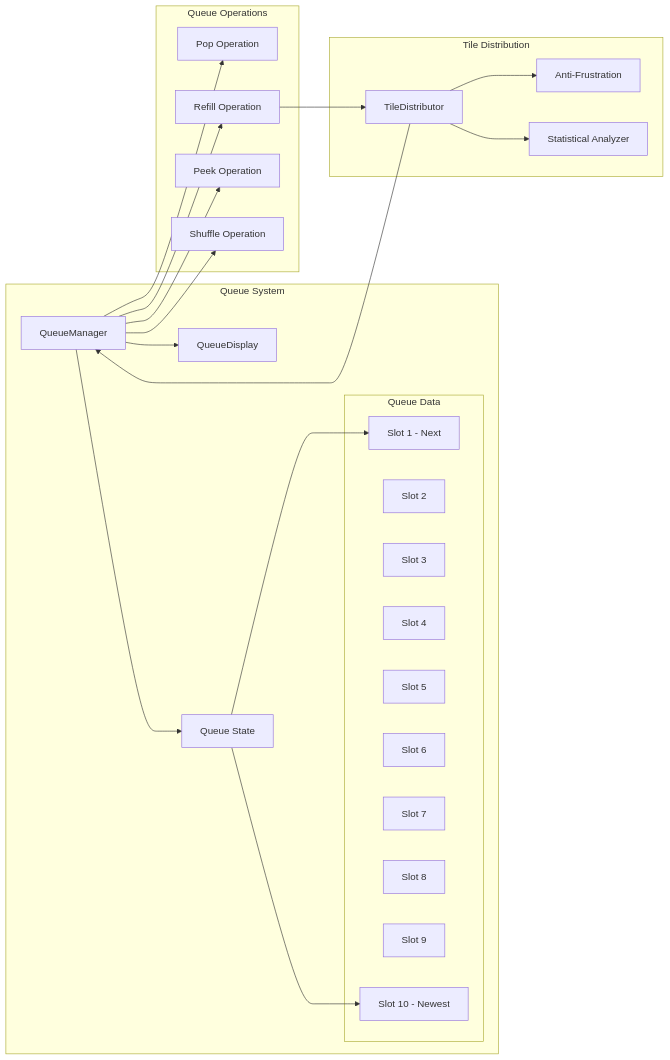
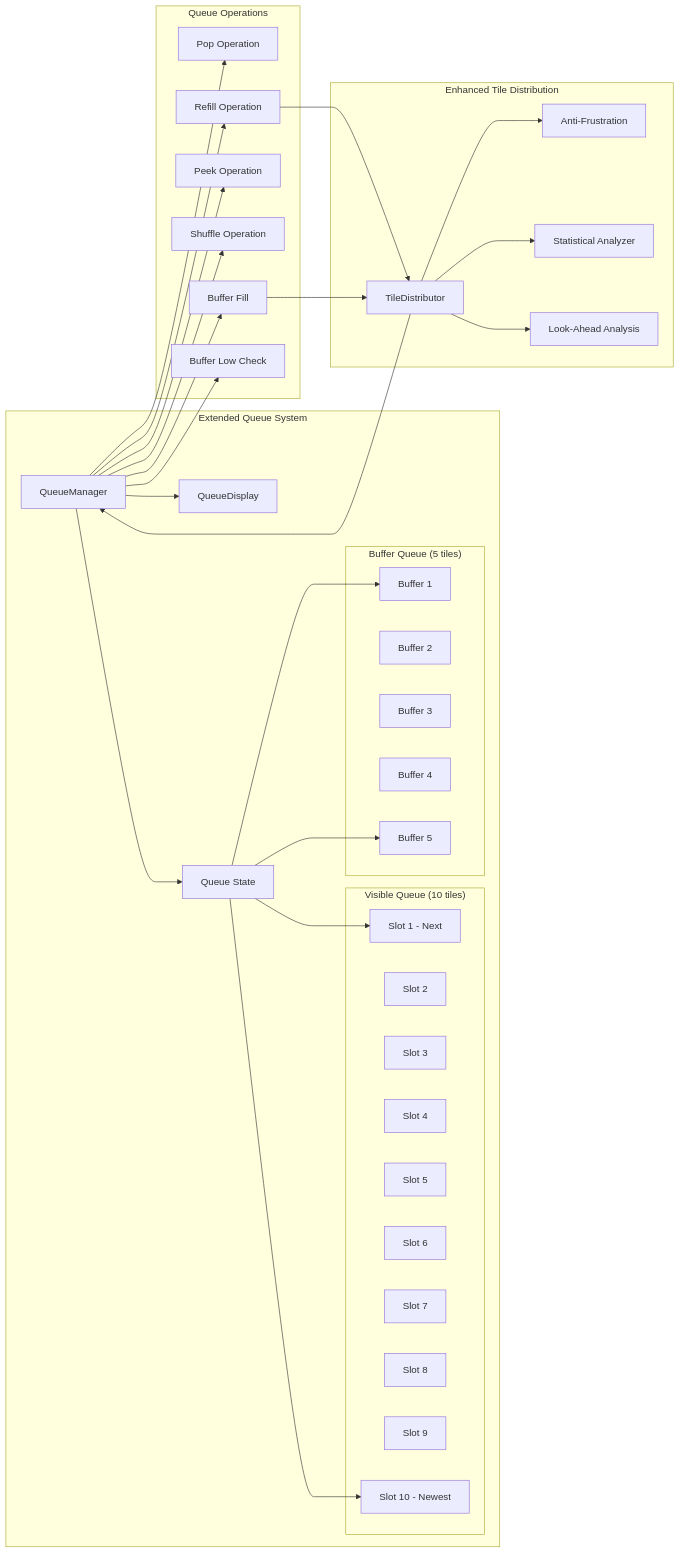
Diagram 19 of 33 in docs/architecture/SWITCH_system_architecture.md (uriahwhitt/SWITCH), drawn with Mermaid before and after one commit. The commit also changed other lines of this file and 42 other files, not shown here.

````diff
--- a/docs/architecture/SWITCH_system_architecture.md
+++ b/docs/architecture/SWITCH_system_architecture.md
@@ -1193,51 +1566,68 @@
 ```mermaid
 graph LR
-    subgraph "Queue System"
+    subgraph "Extended Queue System"
         QM[QueueManager]
         QD[QueueDisplay]
         QS[Queue State]
         
         QM --> QS
         QM --> QD
         
-        subgraph "Queue Data"
+        subgraph "Visible Queue (10 tiles)"
             Q1[Slot 1 - Next]
             Q2[Slot 2]
             Q3[Slot 3]
             Q4[Slot 4]
             Q5[Slot 5]
             Q6[Slot 6]
             Q7[Slot 7]
             Q8[Slot 8]
             Q9[Slot 9]
             Q10[Slot 10 - Newest]
         end
         
+        subgraph "Buffer Queue (5 tiles)"
+            B1[Buffer 1]
+            B2[Buffer 2]
+            B3[Buffer 3]
+            B4[Buffer 4]
+            B5[Buffer 5]
+        end
+        
         QS --> Q1
         QS --> Q10
+        QS --> B1
+        QS --> B5
     end
     
-    subgraph "Tile Distribution"
+    subgraph "Enhanced Tile Distribution"
         TD[TileDistributor]
         AF[Anti-Frustration]
         SA[Statistical Analyzer]
+        LA[Look-Ahead Analysis]
         
         TD --> AF
         TD --> SA
+        TD --> LA
     end
     
     subgraph "Queue Operations"
         PO[Pop Operation]
         RF[Refill Operation]
         PK[Peek Operation]
         SH[Shuffle Operation]
+        BF[Buffer Fill]
+        BL[Buffer Low Check]
     end
     
     QM --> PO
     QM --> RF
     QM --> PK
     QM --> SH
+    QM --> BF
+    QM --> BL
     
     RF --> TD
+    BF --> TD
     TD --> QM
 ```
````
